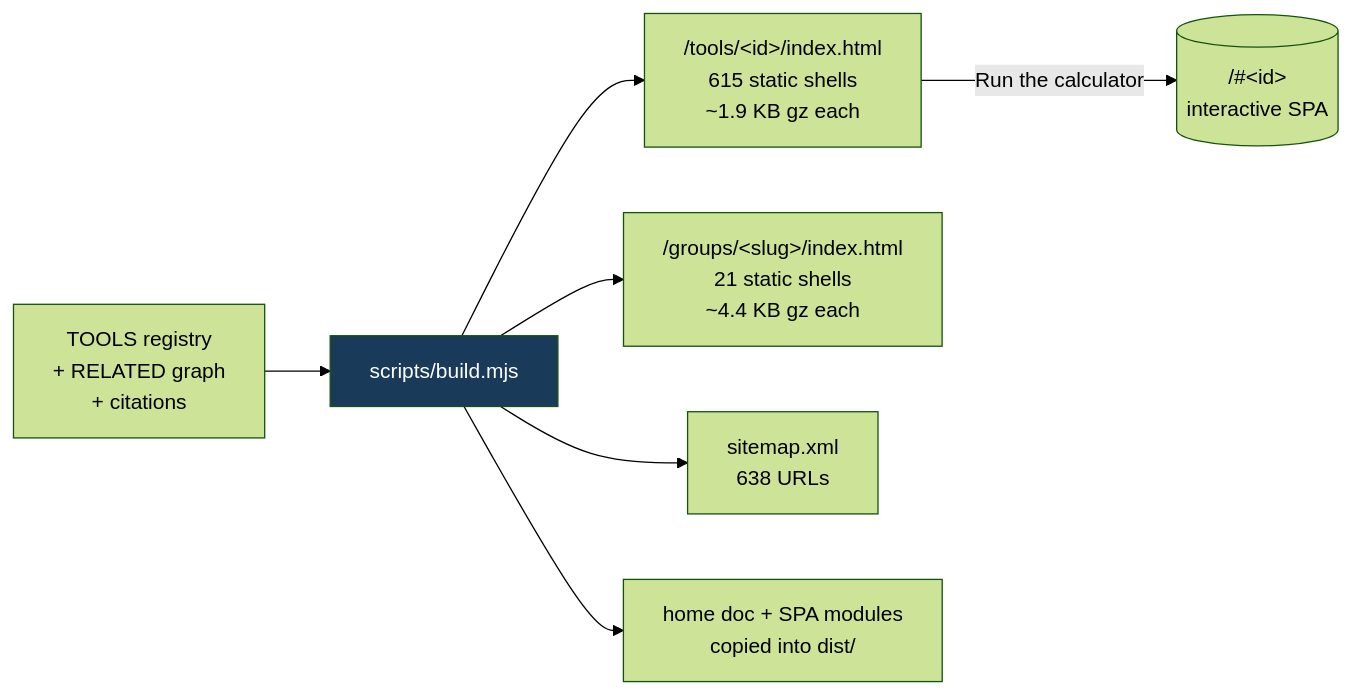
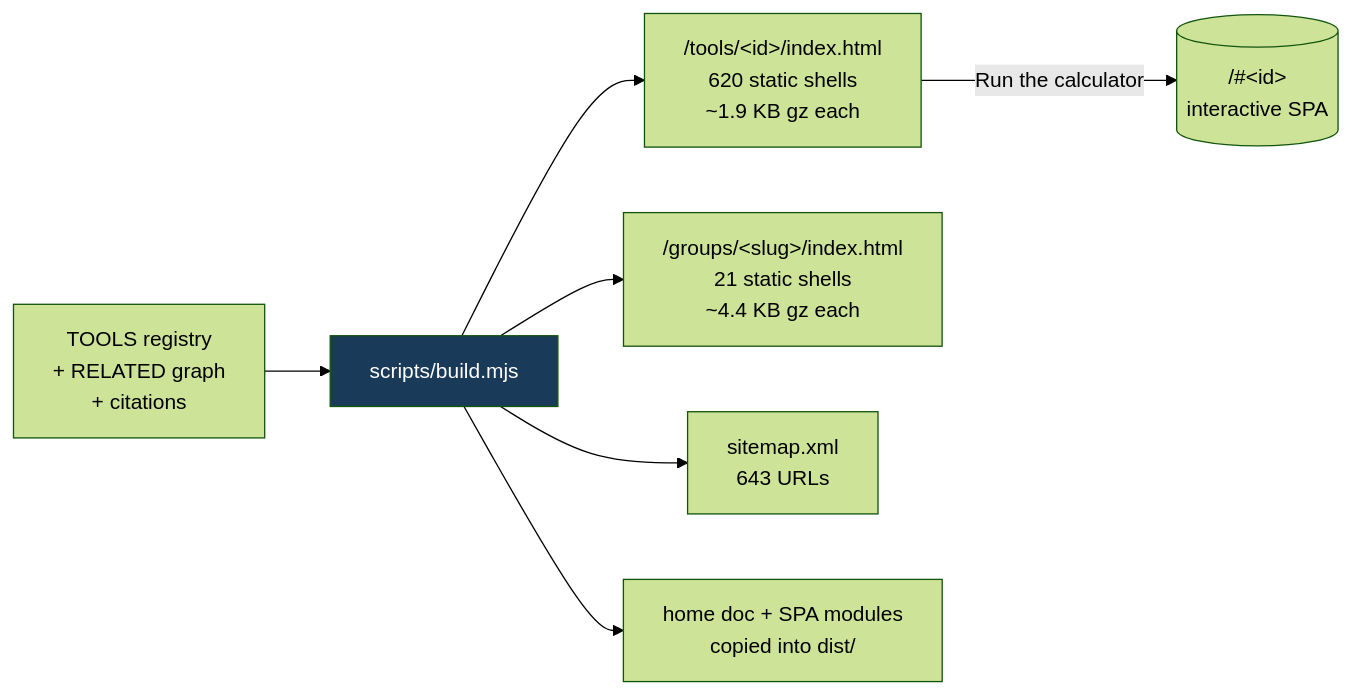
The fifth of 8 diagrams in README.md (clay-good/roughlogic.com), drawn with Mermaid (forest theme) before and after one commit. The commit also changed other lines of this file and 19 other files, not shown here.

````diff
--- a/README.md
+++ b/README.md
@@ -450,10 +450,10 @@
 ```mermaid
 flowchart LR
     SRC[TOOLS registry\n+ RELATED graph\n+ citations] --> BUILD[scripts/build.mjs]
-    BUILD --> TILE["/tools/&lt;id&gt;/index.html\n615 static shells\n~1.9 KB gz each"]
+    BUILD --> TILE["/tools/&lt;id&gt;/index.html\n620 static shells\n~1.9 KB gz each"]
     BUILD --> GROUP["/groups/&lt;slug&gt;/index.html\n21 static shells\n~4.4 KB gz each"]
-    BUILD --> MAP["sitemap.xml\n638 URLs"]
+    BUILD --> MAP["sitemap.xml\n643 URLs"]
     BUILD --> COPY[home doc + SPA modules\ncopied into dist/]
     TILE -->|Run the calculator| SPA[("/#&lt;id&gt;\ninteractive SPA")]
     style BUILD fill:#1a3a5a,color:#fff
 ```
````
